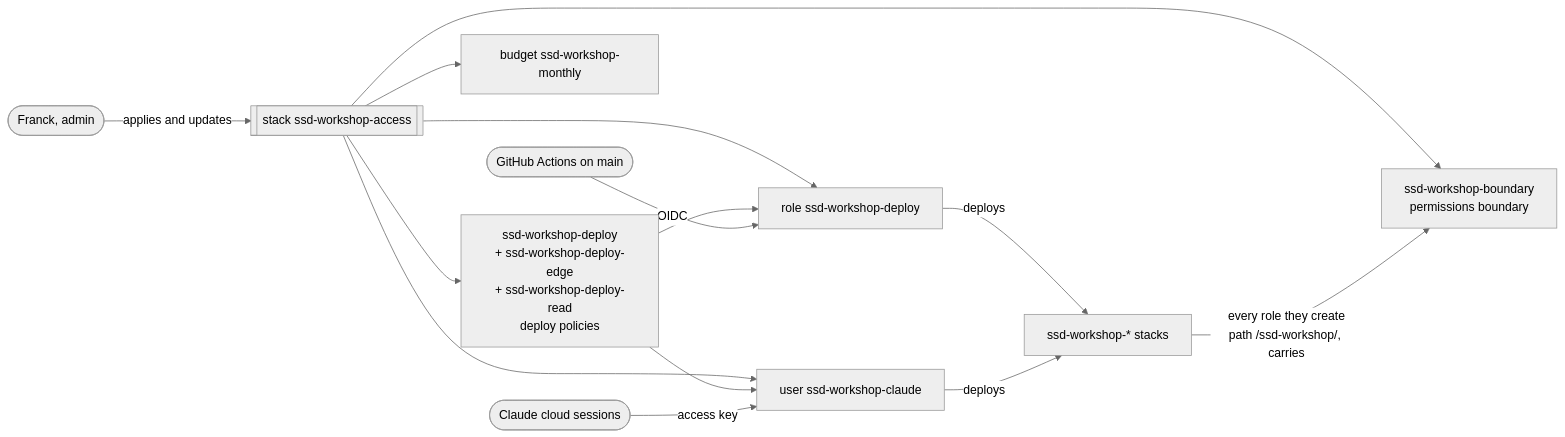
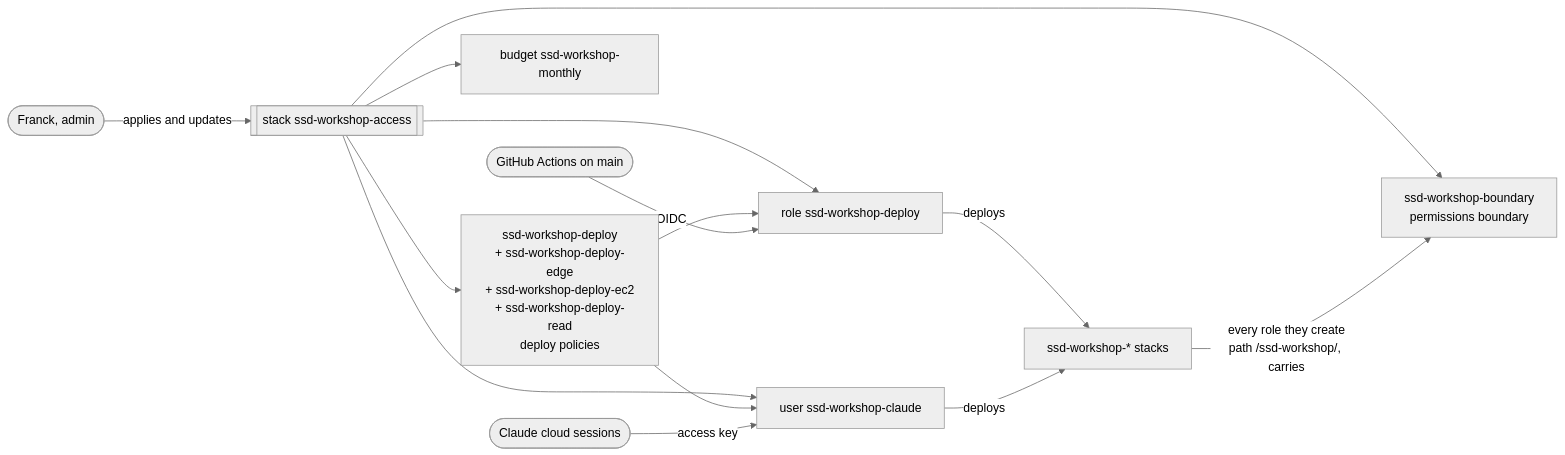
Before and after one commit to kifbv/ssd-workshop: the first of 2 diagrams in infra/access/README.md, drawn with Mermaid (neutral theme). The commit also changed other lines of this file and 4 other files, not shown here.

````diff
--- a/infra/access/README.md
+++ b/infra/access/README.md
@@ -13,16 +15,16 @@
 ```mermaid
 flowchart LR
   Franck([Franck, admin]) -- applies and updates --> Stack[[stack ssd-workshop-access]]
   Stack --> Boundary[ssd-workshop-boundary<br/>permissions boundary]
-  Stack --> Deploy[ssd-workshop-deploy<br/>+ ssd-workshop-deploy-edge<br/>+ ssd-workshop-deploy-read<br/>deploy policies]
+  Stack --> Deploy[ssd-workshop-deploy<br/>+ ssd-workshop-deploy-edge<br/>+ ssd-workshop-deploy-ec2<br/>+ ssd-workshop-deploy-read<br/>deploy policies]
   Stack --> Role[role ssd-workshop-deploy]
   Stack --> User[user ssd-workshop-claude]
   Stack --> Budget[budget ssd-workshop-monthly]
   Deploy --> Role
   Deploy --> User
   GHA([GitHub Actions on main]) -- OIDC --> Role
   Claude([Claude cloud sessions]) -- access key --> User
   Role -- deploys --> WS[ssd-workshop-* stacks]
   User -- deploys --> WS
   WS -- every role they create<br/>path /ssd-workshop/, carries --> Boundary
 ```
````
